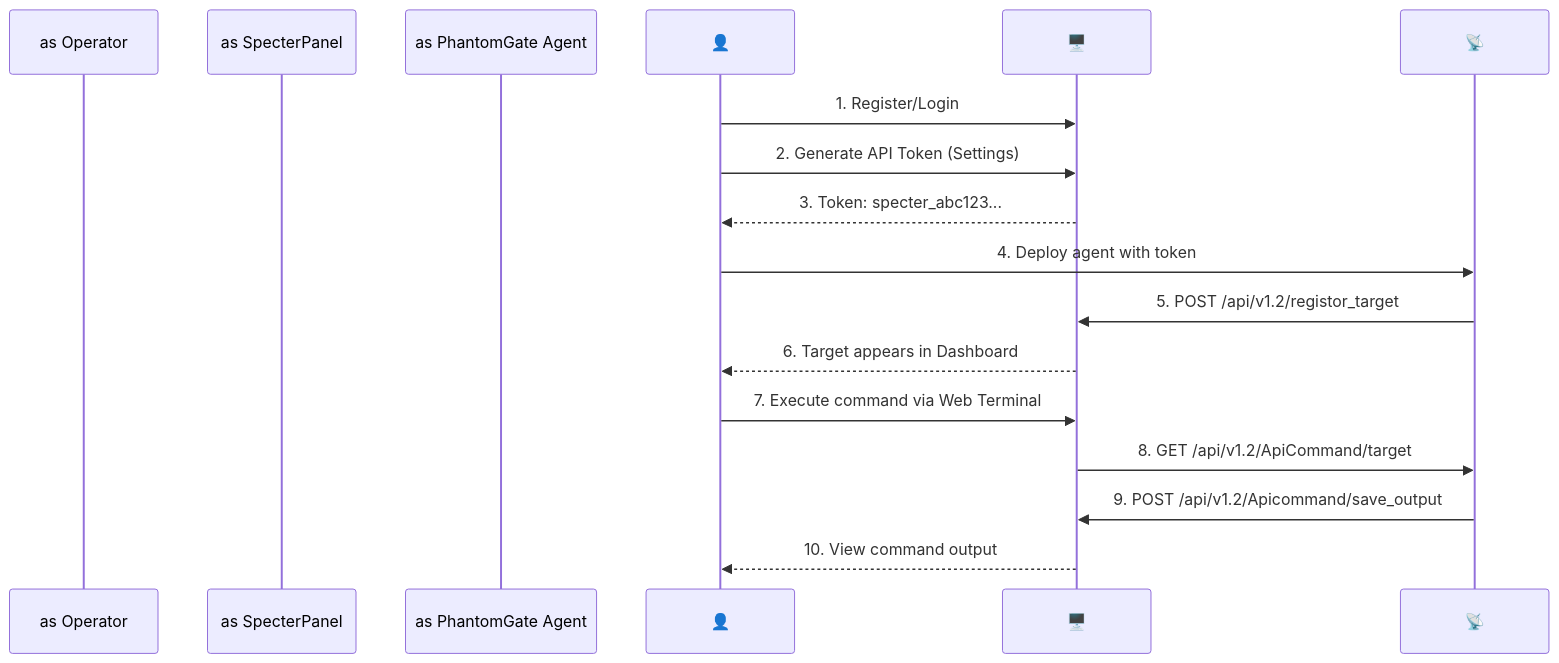
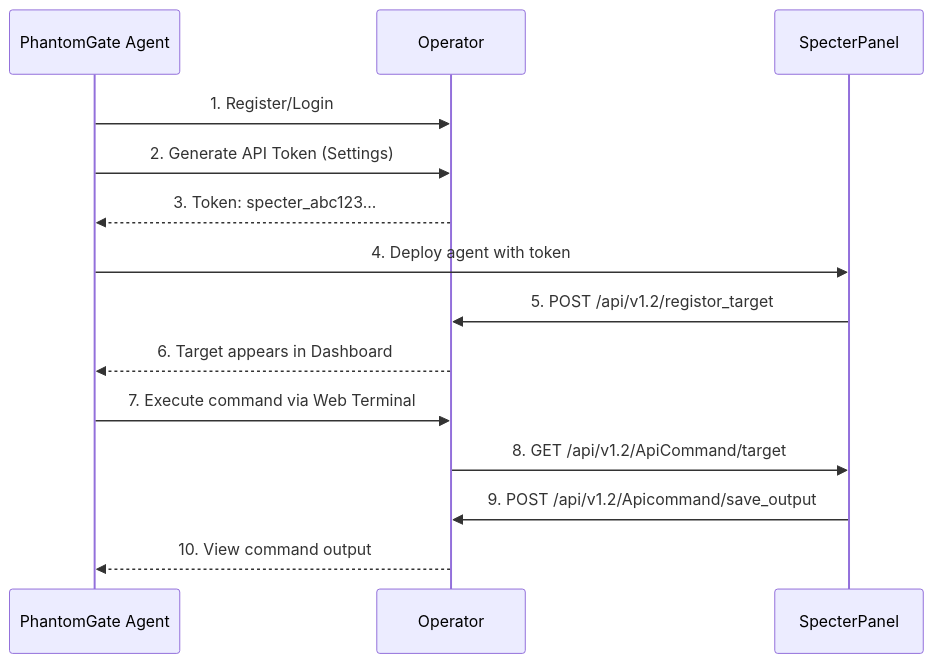
Before and after one commit to omerKkemal/oh-tool-v2: the second of 2 diagrams in README.md, drawn with Mermaid.

````diff
--- a/README.md
+++ b/README.md
@@ -296,17 +296,14 @@
 ```mermaid
 sequenceDiagram
-    participant as Operator
-    participant as SpecterPanel
-    participant as PhantomGate Agent
     
-    👤->>🖥️: 1. Register/Login
-    👤->>🖥️: 2. Generate API Token (Settings)
-    🖥️-->>👤: 3. Token: specter_abc123...
-    👤->>📡: 4. Deploy agent with token
-    📡->>🖥️: 5. POST /api/v1.2/registor_target
-    🖥️-->>👤: 6. Target appears in Dashboard
-    👤->>🖥️: 7. Execute command via Web Terminal
-    🖥️->>📡: 8. GET /api/v1.2/ApiCommand/target
-    📡->>🖥️: 9. POST /api/v1.2/Apicommand/save_output
-    🖥️-->>👤: 10. View command output
+    PhantomGate Agent ->> Operator: 1. Register/Login
+    PhantomGate Agent ->> Operator: 2. Generate API Token (Settings)
+    Operator -->> PhantomGate Agent: 3. Token: specter_abc123...
+    PhantomGate Agent ->>SpecterPanel: 4. Deploy agent with token
+    SpecterPanel->> Operator: 5. POST /api/v1.2/registor_target
+    Operator -->> PhantomGate Agent: 6. Target appears in Dashboard
+    PhantomGate Agent ->> Operator: 7. Execute command via Web Terminal
+    Operator ->>SpecterPanel: 8. GET /api/v1.2/ApiCommand/target
+    SpecterPanel->>Operator : 9. POST /api/v1.2/Apicommand/save_output
+    Operator -->> PhantomGate Agent: 10. View command output
 ```
````
